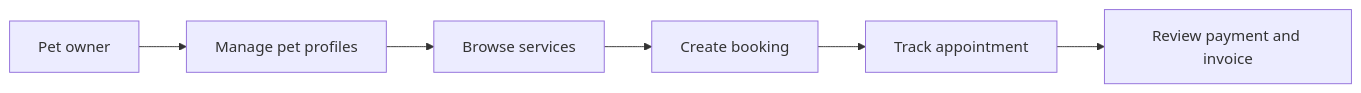
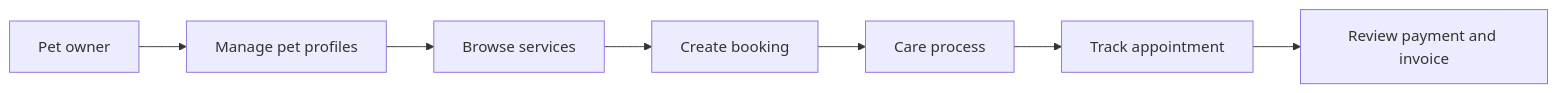
The first of 2 diagrams in docs/analysis/system-overview.md (NguyenMinhHuy229/petcare), drawn with Mermaid before and after one commit. The commit also changed other lines of this file and 15 other files, not shown here.

Commit message:
feat: add care process and staff management flows

````diff
--- a/docs/analysis/system-overview.md
+++ b/docs/analysis/system-overview.md
@@ -13,8 +13,9 @@
 ```mermaid
 flowchart LR
     A[Pet owner] --> B[Manage pet profiles]
     B --> C[Browse services]
     C --> D[Create booking]
-    D --> E[Track appointment]
-    E --> F[Review payment and invoice]
+    D --> E[Care process]
+    E --> F[Track appointment]
+    F --> G[Review payment and invoice]
 ```
````
